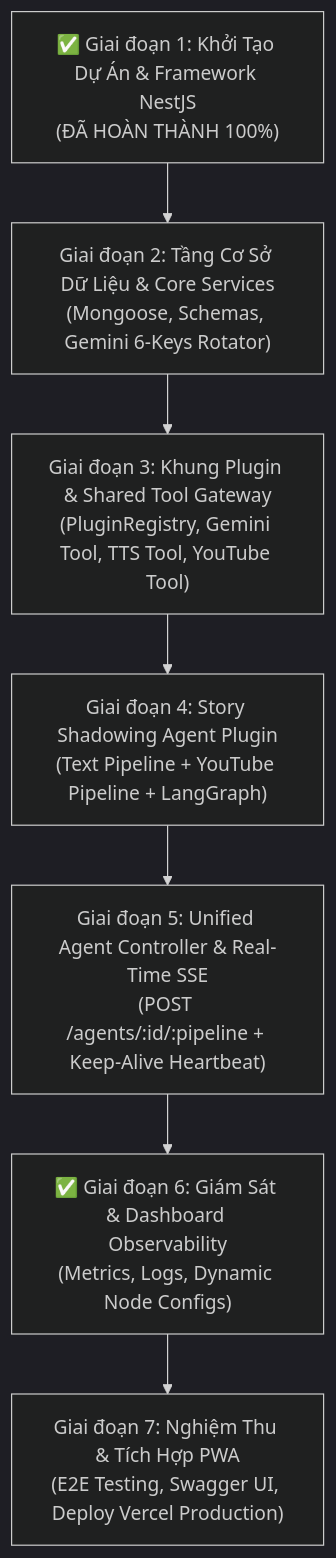
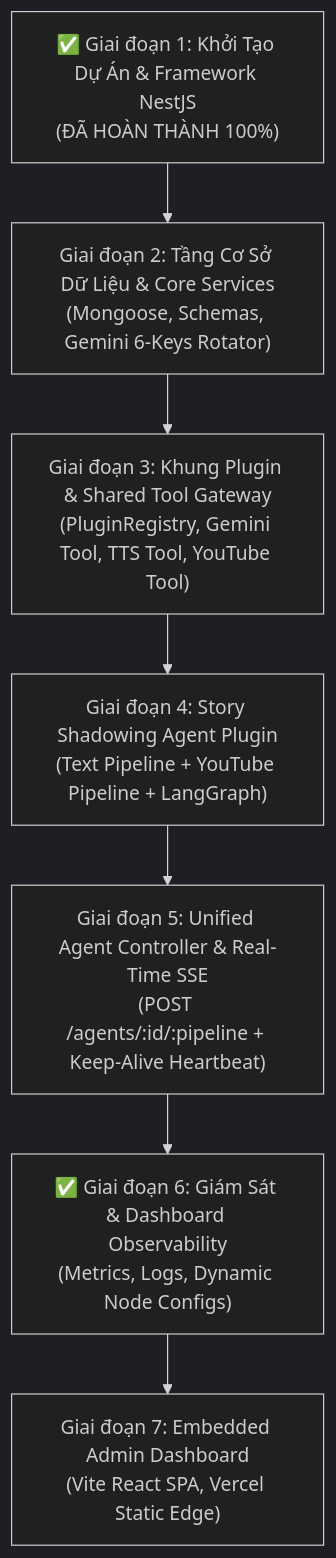
Before and after one commit to vuanhtu1993/aha-mind-agents: the diagram in docs/implementation_plan.md, drawn with Mermaid (dark theme). The commit also changed other lines of this file and 33 other files, not shown here.

````diff
--- a/docs/implementation_plan.md
+++ b/docs/implementation_plan.md
@@ -20,9 +20,9 @@
 ```mermaid
 graph TD
     P1["✅ Giai đoạn 1: Khởi Tạo Dự Án & Framework NestJS\n(ĐÃ HOÀN THÀNH 100%)"] --> P2["Giai đoạn 2: Tầng Cơ Sở Dữ Liệu & Core Services\n(Mongoose, Schemas, Gemini 6-Keys Rotator)"]
     P2 --> P3["Giai đoạn 3: Khung Plugin & Shared Tool Gateway\n(PluginRegistry, Gemini Tool, TTS Tool, YouTube Tool)"]
     P3 --> P4["Giai đoạn 4: Story Shadowing Agent Plugin\n(Text Pipeline + YouTube Pipeline + LangGraph)"]
     P4 --> P5["Giai đoạn 5: Unified Agent Controller & Real-Time SSE\n(POST /agents/:id/:pipeline + Keep-Alive Heartbeat)"]
     P5 --> P6["✅ Giai đoạn 6: Giám Sát & Dashboard Observability\n(Metrics, Logs, Dynamic Node Configs)"]
-    P6 --> P7["Giai đoạn 7: Nghiệm Thu & Tích Hợp PWA\n(E2E Testing, Swagger UI, Deploy Vercel Production)"]
+    P6 --> P7["Giai đoạn 7: Embedded Admin Dashboard\n(Vite React SPA, Vercel Static Edge)"]
 ```
````
